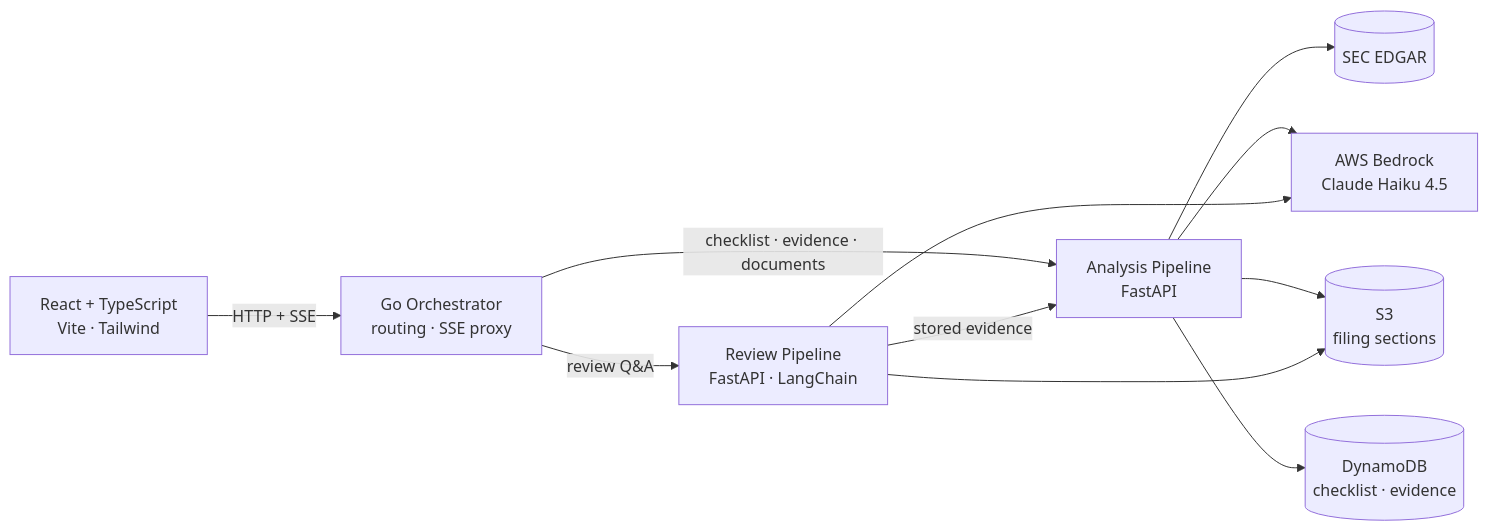
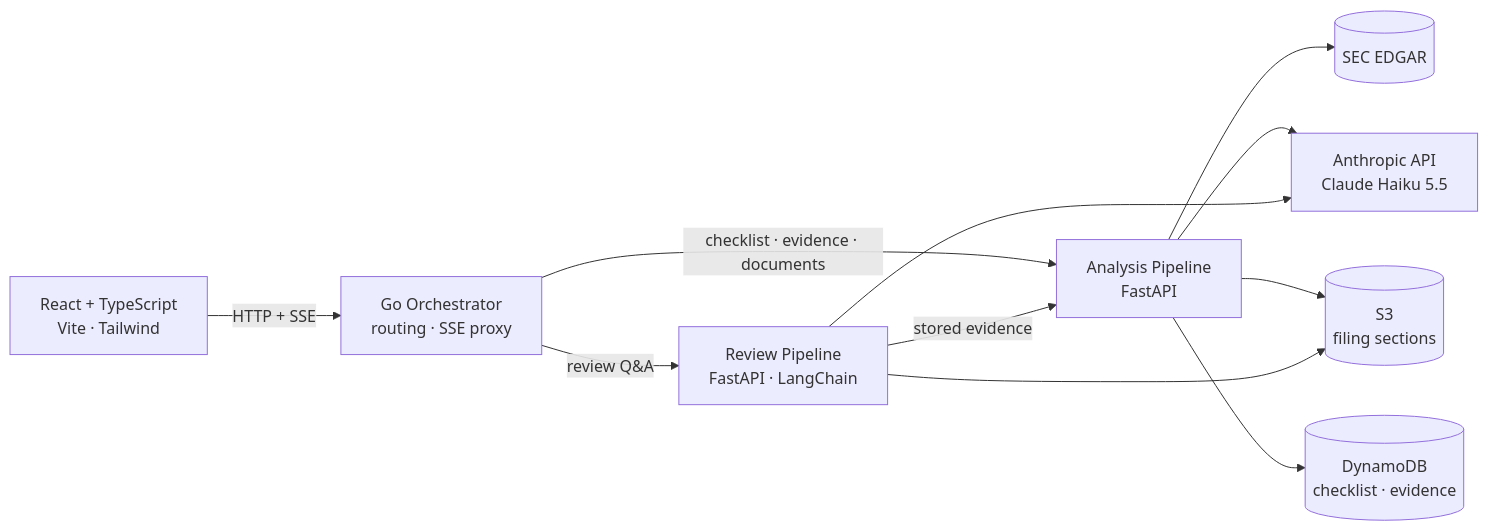
Before and after one commit to ConnerDeFeo/Snowball: the diagram in README.md, drawn with Mermaid. The commit also changed other lines of this file and 17 other files, not shown here.

````diff
--- a/README.md
+++ b/README.md
@@ -43,22 +43,22 @@
 ```mermaid
 flowchart LR
     UI["React + TypeScript<br/>Vite · Tailwind"]
     ORCH["Go Orchestrator<br/>routing · SSE proxy"]
     AP["Analysis Pipeline<br/>FastAPI"]
     RP["Review Pipeline<br/>FastAPI · LangChain"]
     EDGAR[("SEC EDGAR")]
-    BR["AWS Bedrock<br/>Claude Haiku 4.5"]
+    BR["Anthropic API<br/>Claude Haiku 5.5"]
     S3[("S3<br/>filing sections")]
     DDB[("DynamoDB<br/>checklist · evidence")]
 
     UI -->|"HTTP + SSE"| ORCH
     ORCH -->|"checklist · evidence · documents"| AP
     ORCH -->|"review Q&A"| RP
     AP --> EDGAR
     AP --> BR
     AP --> S3
     AP --> DDB
     RP --> BR
     RP --> S3
     RP -->|"stored evidence"| AP
 ```
````
